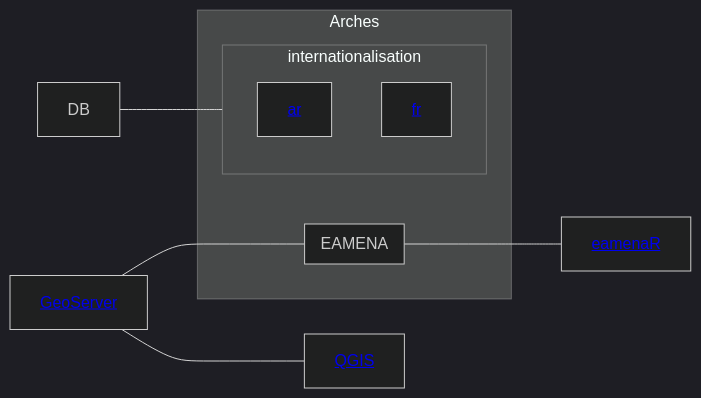
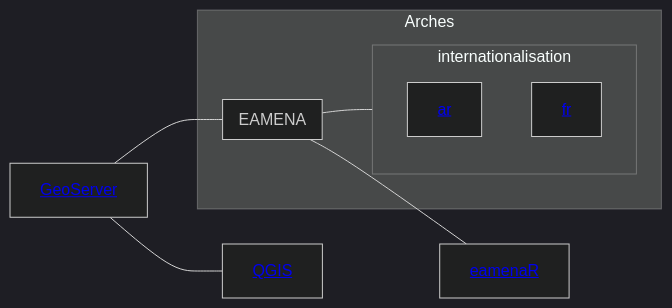
One commit to eamena-project/eamena-arches-dev changed the second of 3 diagrams in training/README.md. Above: the diagram before and after it, drawn with Mermaid (dark theme).

````diff
--- a/training/README.md
+++ b/training/README.md
@@ -33,15 +33,15 @@
 ```mermaid
 flowchart LR
   subgraph Arches
     subgraph EAMENA
     end
     subgraph internationalisation
       id6[<a href='https://github.com/archesproject/arches/blob/master/arches/locale/ar/LC_MESSAGES/django.po'>ar</a>];
       id7[<a href='https://github.com/archesproject/arches/blob/master/arches/locale/fr/LC_MESSAGES/django.po'>fr</a>];
     end 
   end
   id3[<a href='https://github.com/eamena-project/eamena-arches-dev/tree/main/geoserver'>GeoServer</a>] --- EAMENA;
   id3 --- id4[<a href='https://github.com/eamena-project/eamena-arches-dev/tree/main/gis/qgis'>QGIS</a>];
   EAMENA --- id5[<a href='https://github.com/eamena-project/eamenaR'>eamenaR</a>];
-  DB --- internationalisation
+  EAMENA --- internationalisation
 ```
````
